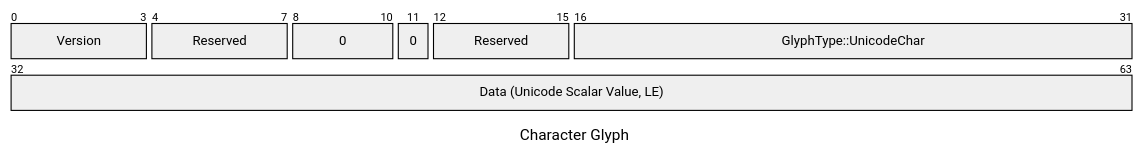
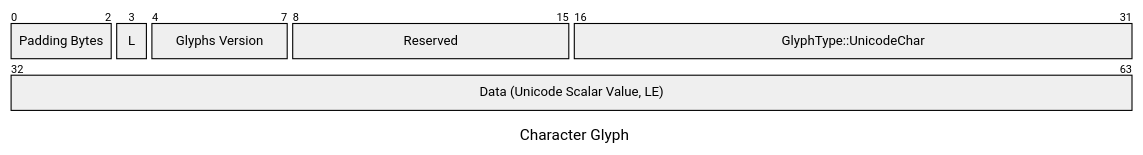
The ninth of 15 diagrams in src/binary_formats.md (elara-themica/glifs-contributor-guide), drawn with Mermaid before and after one commit. The commit also changed other lines of this file, not shown here.

````diff
--- a/src/binary_formats.md
+++ b/src/binary_formats.md
@@ -243,13 +237,12 @@
 ```mermaid
 ---
 title: "Character Glyph"
 ---
 packet-beta
-0-3: "Version"
-4-7: "Reserved"
-8-10: "0"
-11: "0"
-12-15: "Reserved"
+0-2: "Padding Bytes"
+3: "L"
+4-7: "Glyphs Version"
+8-15: "Reserved"
 16-31: "GlyphType::UnicodeChar"
 32-63: "Data (Unicode Scalar Value, LE)"
 ```
````
